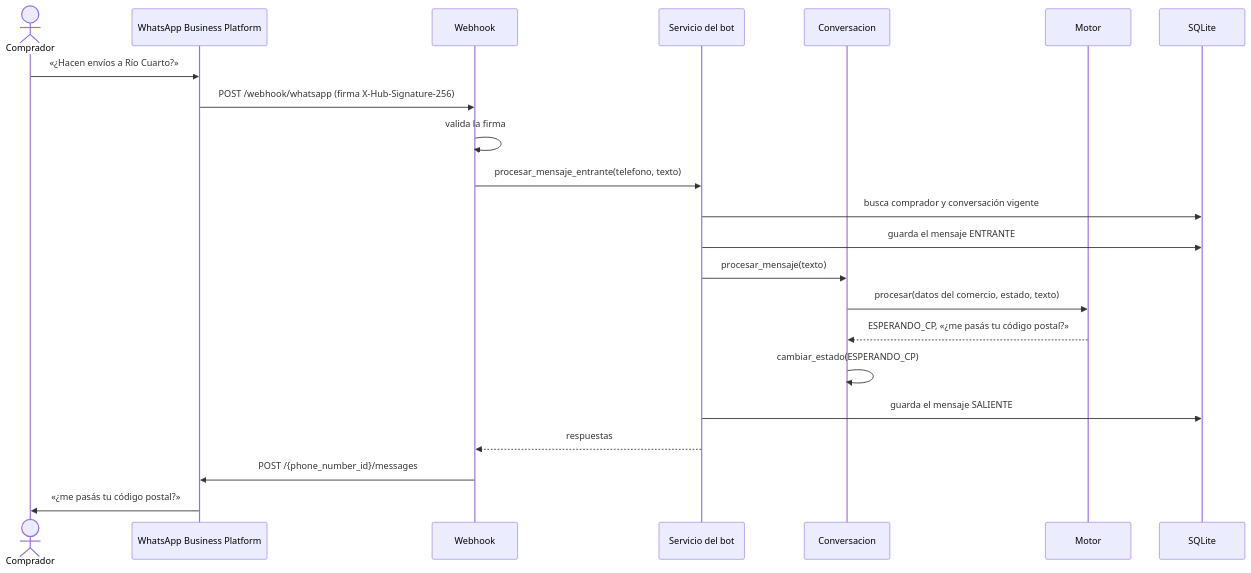
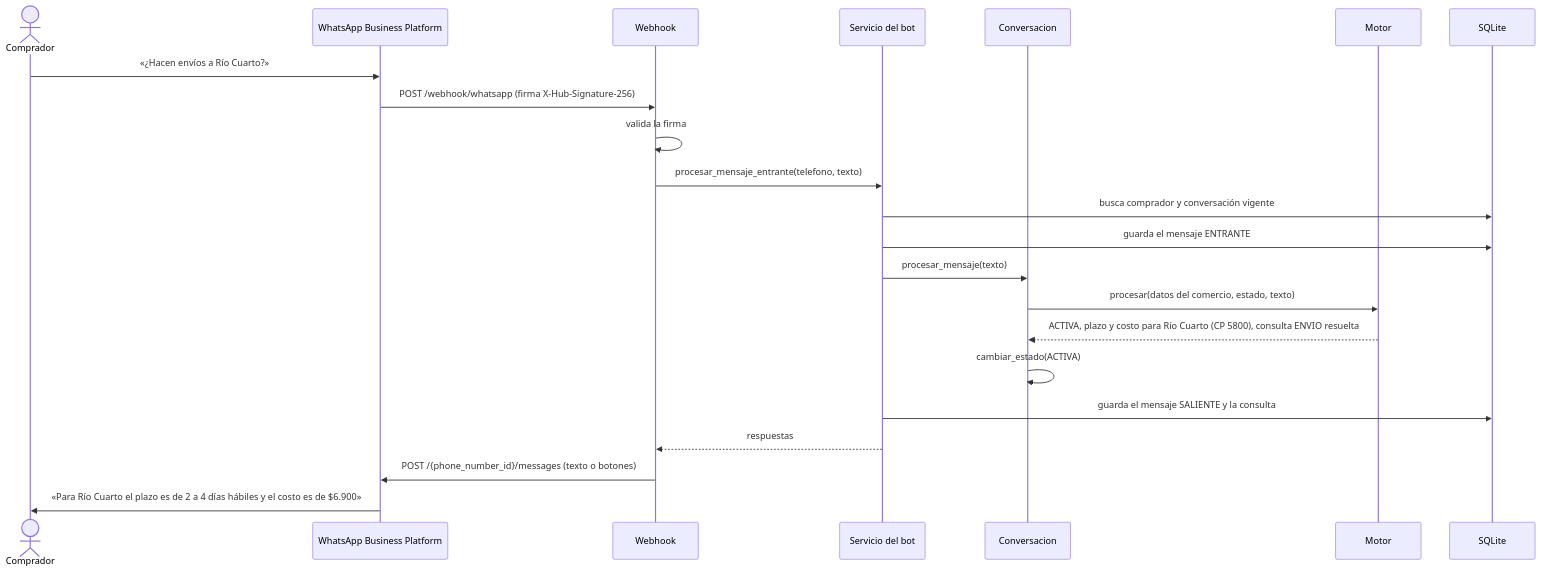
Before and after one commit to quitohooded/plataforma-atencion-whatsapp: the third of 3 diagrams in docs/arquitectura.md, drawn with Mermaid. The commit also changed other lines of this file and 64 other files, not shown here.

````diff
--- a/docs/arquitectura.md
+++ b/docs/arquitectura.md
@@ -89,24 +123,24 @@
 ```mermaid
 sequenceDiagram
     actor Comprador
     participant WA as WhatsApp Business Platform
     participant WH as Webhook
     participant SB as Servicio del bot
     participant CV as Conversacion
     participant MO as Motor
     participant DB as SQLite
     Comprador->>WA: «¿Hacen envíos a Río Cuarto?»
     WA->>WH: POST /webhook/whatsapp (firma X-Hub-Signature-256)
     WH->>WH: valida la firma
     WH->>SB: procesar_mensaje_entrante(telefono, texto)
     SB->>DB: busca comprador y conversación vigente
     SB->>DB: guarda el mensaje ENTRANTE
     SB->>CV: procesar_mensaje(texto)
     CV->>MO: procesar(datos del comercio, estado, texto)
-    MO-->>CV: ESPERANDO_CP, «¿me pasás tu código postal?»
-    CV->>CV: cambiar_estado(ESPERANDO_CP)
-    SB->>DB: guarda el mensaje SALIENTE
+    MO-->>CV: ACTIVA, plazo y costo para Río Cuarto (CP 5800), consulta ENVIO resuelta
+    CV->>CV: cambiar_estado(ACTIVA)
+    SB->>DB: guarda el mensaje SALIENTE y la consulta
     SB-->>WH: respuestas
-    WH->>WA: POST /{phone_number_id}/messages
-    WA->>Comprador: «¿me pasás tu código postal?»
+    WH->>WA: POST /{phone_number_id}/messages (texto o botones)
+    WA->>Comprador: «Para Río Cuarto el plazo es de 2 a 4 días hábiles y el costo es de $6.900»
 ```
````
